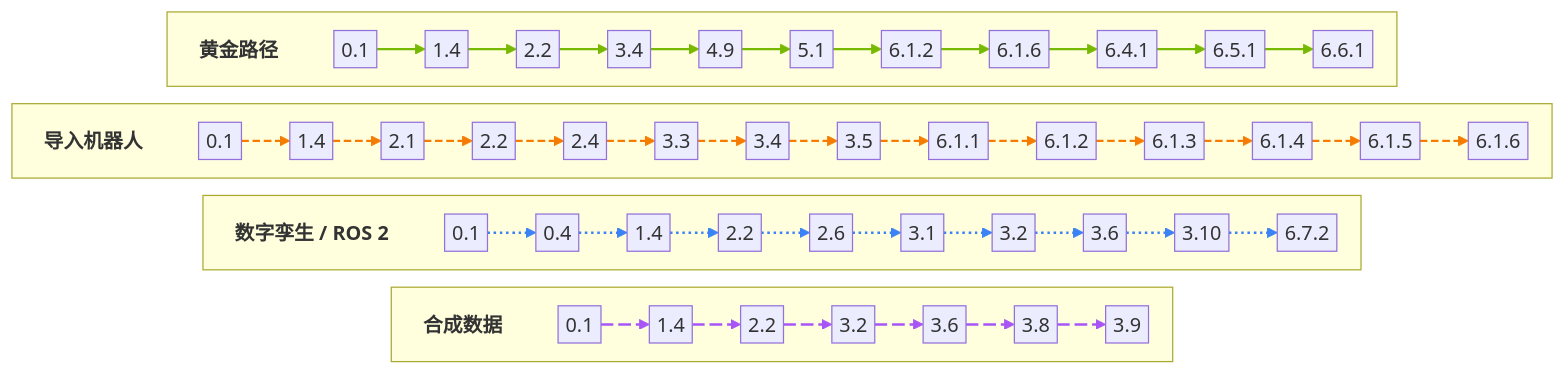
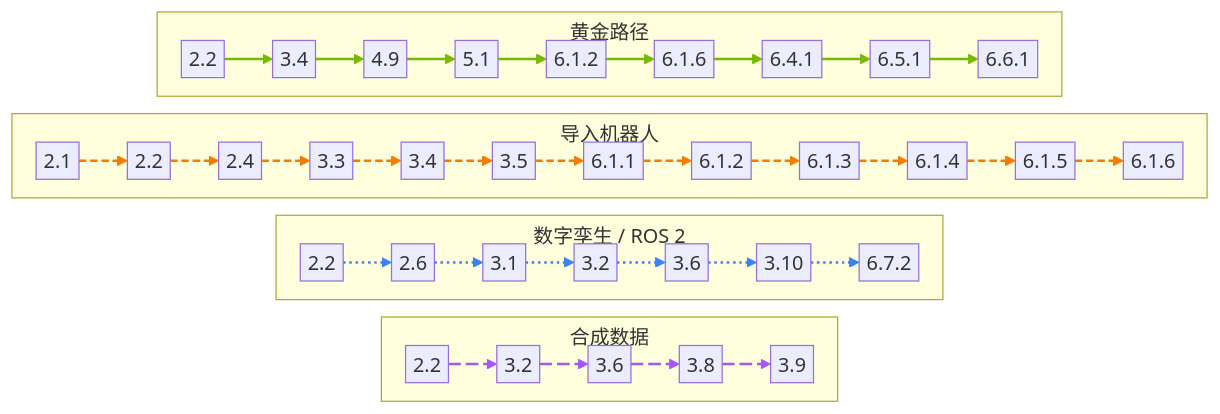
The diagram in docs/0-map/0.7-learning-paths.md (ueasycallme/academy), drawn with Mermaid before and after one commit. The commit also changed other lines of this file and 7 other files, not shown here.

First line of the commit message:
T-0.7b、T-1.2c：两张旧图按 D-025 重排

````diff
--- a/docs/0-map/0.7-learning-paths.md
+++ b/docs/0-map/0.7-learning-paths.md
@@ -44,11 +44,8 @@
 ```{mermaid}
-%%{init: {"flowchart": {"rankSpacing": 14, "nodeSpacing": 10, "padding": 3}}}%%
+%%{init: {"flowchart": {"rankSpacing": 14, "nodeSpacing": 10, "padding": 3, "subGraphTitleMargin": {"top": 4, "bottom": 4}}}}%%
 flowchart TB
-    subgraph R_golden[" "]
+    subgraph R_golden["黄金路径"]
         direction LR
-        golden_lbl["黄金路径"]:::lbl
-        golden_0_1["0.1"]
-        golden_1_4["1.4"]
         golden_2_2["2.2"]
         golden_3_4["3.4"]
         golden_4_9["4.9"]
@@ -58,8 +55,6 @@
         golden_6_4_1["6.4.1"]
         golden_6_5_1["6.5.1"]
         golden_6_6_1["6.6.1"]
-        golden_0_1 --> golden_1_4
-        golden_1_4 --> golden_2_2
         golden_2_2 --> golden_3_4
         golden_3_4 --> golden_4_9
         golden_4_9 --> golden_5_1
@@ -68,13 +63,9 @@
         golden_6_1_6 --> golden_6_4_1
         golden_6_4_1 --> golden_6_5_1
         golden_6_5_1 --> golden_6_6_1
-        golden_lbl ~~~ golden_0_1
     end
-    subgraph R_robot[" "]
+    subgraph R_robot["导入机器人"]
         direction LR
-        robot_lbl["导入机器人"]:::lbl
-        robot_0_1["0.1"]
-        robot_1_4["1.4"]
         robot_2_1["2.1"]
         robot_2_2["2.2"]
         robot_2_4["2.4"]
@@ -87,8 +78,6 @@
         robot_6_1_4["6.1.4"]
         robot_6_1_5["6.1.5"]
         robot_6_1_6["6.1.6"]
-        robot_0_1 --> robot_1_4
-        robot_1_4 --> robot_2_1
         robot_2_1 --> robot_2_2
         robot_2_2 --> robot_2_4
         robot_2_4 --> robot_3_3
@@ -100,14 +89,9 @@
         robot_6_1_3 --> robot_6_1_4
         robot_6_1_4 --> robot_6_1_5
         robot_6_1_5 --> robot_6_1_6
-        robot_lbl ~~~ robot_0_1
     end
-    subgraph R_twin[" "]
+    subgraph R_twin["数字孪生 / ROS 2"]
         direction LR
-        twin_lbl["数字孪生 / ROS 2"]:::lbl
-        twin_0_1["0.1"]
-        twin_0_4["0.4"]
-        twin_1_4["1.4"]
         twin_2_2["2.2"]
         twin_2_6["2.6"]
         twin_3_1["3.1"]
@@ -115,34 +99,24 @@
         twin_3_6["3.6"]
         twin_3_10["3.10"]
         twin_6_7_2["6.7.2"]
-        twin_0_1 --> twin_0_4
-        twin_0_4 --> twin_1_4
-        twin_1_4 --> twin_2_2
         twin_2_2 --> twin_2_6
         twin_2_6 --> twin_3_1
         twin_3_1 --> twin_3_2
         twin_3_2 --> twin_3_6
         twin_3_6 --> twin_3_10
         twin_3_10 --> twin_6_7_2
-        twin_lbl ~~~ twin_0_1
     end
-    subgraph R_sdg[" "]
+    subgraph R_sdg["合成数据"]
         direction LR
-        sdg_lbl["合成数据"]:::lbl
-        sdg_0_1["0.1"]
-        sdg_1_4["1.4"]
         sdg_2_2["2.2"]
         sdg_3_2["3.2"]
         sdg_3_6["3.6"]
         sdg_3_8["3.8"]
         sdg_3_9["3.9"]
-        sdg_0_1 --> sdg_1_4
-        sdg_1_4 --> sdg_2_2
         sdg_2_2 --> sdg_3_2
         sdg_3_2 --> sdg_3_6
         sdg_3_6 --> sdg_3_8
         sdg_3_8 --> sdg_3_9
-        sdg_lbl ~~~ sdg_0_1
     end
     R_golden ~~~ R_robot
     R_robot ~~~ R_twin
@@ -155,8 +129,9 @@
     linkStyle 5 stroke:#76b900,stroke-width:2px
     linkStyle 6 stroke:#76b900,stroke-width:2px
     linkStyle 7 stroke:#76b900,stroke-width:2px
-    linkStyle 8 stroke:#76b900,stroke-width:2px
-    linkStyle 9 stroke:#76b900,stroke-width:2px
+    linkStyle 8 stroke:#f57c00,stroke-width:2px,stroke-dasharray:6 3
+    linkStyle 9 stroke:#f57c00,stroke-width:2px,stroke-dasharray:6 3
+    linkStyle 10 stroke:#f57c00,stroke-width:2px,stroke-dasharray:6 3
     linkStyle 11 stroke:#f57c00,stroke-width:2px,stroke-dasharray:6 3
     linkStyle 12 stroke:#f57c00,stroke-width:2px,stroke-dasharray:6 3
     linkStyle 13 stroke:#f57c00,stroke-width:2px,stroke-dasharray:6 3
@@ -165,25 +140,14 @@
     linkStyle 16 stroke:#f57c00,stroke-width:2px,stroke-dasharray:6 3
     linkStyle 17 stroke:#f57c00,stroke-width:2px,stroke-dasharray:6 3
     linkStyle 18 stroke:#f57c00,stroke-width:2px,stroke-dasharray:6 3
-    linkStyle 19 stroke:#f57c00,stroke-width:2px,stroke-dasharray:6 3
-    linkStyle 20 stroke:#f57c00,stroke-width:2px,stroke-dasharray:6 3
-    linkStyle 21 stroke:#f57c00,stroke-width:2px,stroke-dasharray:6 3
-    linkStyle 22 stroke:#f57c00,stroke-width:2px,stroke-dasharray:6 3
-    linkStyle 23 stroke:#f57c00,stroke-width:2px,stroke-dasharray:6 3
-    linkStyle 25 stroke:#3b82f6,stroke-width:2px,stroke-dasharray:2 3
-    linkStyle 26 stroke:#3b82f6,stroke-width:2px,stroke-dasharray:2 3
-    linkStyle 27 stroke:#3b82f6,stroke-width:2px,stroke-dasharray:2 3
-    linkStyle 28 stroke:#3b82f6,stroke-width:2px,stroke-dasharray:2 3
-    linkStyle 29 stroke:#3b82f6,stroke-width:2px,stroke-dasharray:2 3
-    linkStyle 30 stroke:#3b82f6,stroke-width:2px,stroke-dasharray:2 3
-    linkStyle 31 stroke:#3b82f6,stroke-width:2px,stroke-dasharray:2 3
-    linkStyle 32 stroke:#3b82f6,stroke-width:2px,stroke-dasharray:2 3
-    linkStyle 33 stroke:#3b82f6,stroke-width:2px,stroke-dasharray:2 3
-    linkStyle 35 stroke:#a855f7,stroke-width:2px,stroke-dasharray:10 4
-    linkStyle 36 stroke:#a855f7,stroke-width:2px,stroke-dasharray:10 4
-    linkStyle 37 stroke:#a855f7,stroke-width:2px,stroke-dasharray:10 4
-    linkStyle 38 stroke:#a855f7,stroke-width:2px,stroke-dasharray:10 4
-    linkStyle 39 stroke:#a855f7,stroke-width:2px,stroke-dasharray:10 4
-    linkStyle 40 stroke:#a855f7,stroke-width:2px,stroke-dasharray:10 4
-    classDef lbl fill:none,stroke:none,font-weight:bold
+    linkStyle 19 stroke:#3b82f6,stroke-width:2px,stroke-dasharray:2 3
+    linkStyle 20 stroke:#3b82f6,stroke-width:2px,stroke-dasharray:2 3
+    linkStyle 21 stroke:#3b82f6,stroke-width:2px,stroke-dasharray:2 3
+    linkStyle 22 stroke:#3b82f6,stroke-width:2px,stroke-dasharray:2 3
+    linkStyle 23 stroke:#3b82f6,stroke-width:2px,stroke-dasharray:2 3
+    linkStyle 24 stroke:#3b82f6,stroke-width:2px,stroke-dasharray:2 3
+    linkStyle 25 stroke:#a855f7,stroke-width:2px,stroke-dasharray:10 4
+    linkStyle 26 stroke:#a855f7,stroke-width:2px,stroke-dasharray:10 4
+    linkStyle 27 stroke:#a855f7,stroke-width:2px,stroke-dasharray:10 4
+    linkStyle 28 stroke:#a855f7,stroke-width:2px,stroke-dasharray:10 4
 ```
````
